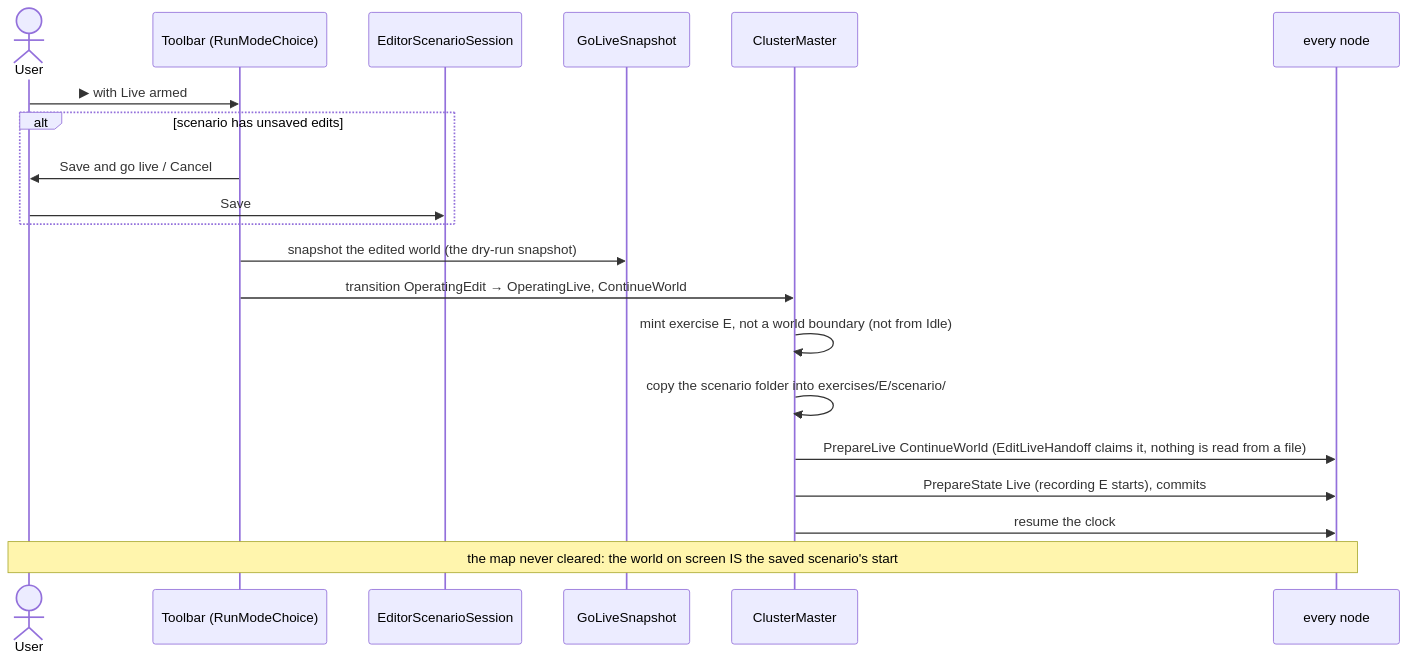
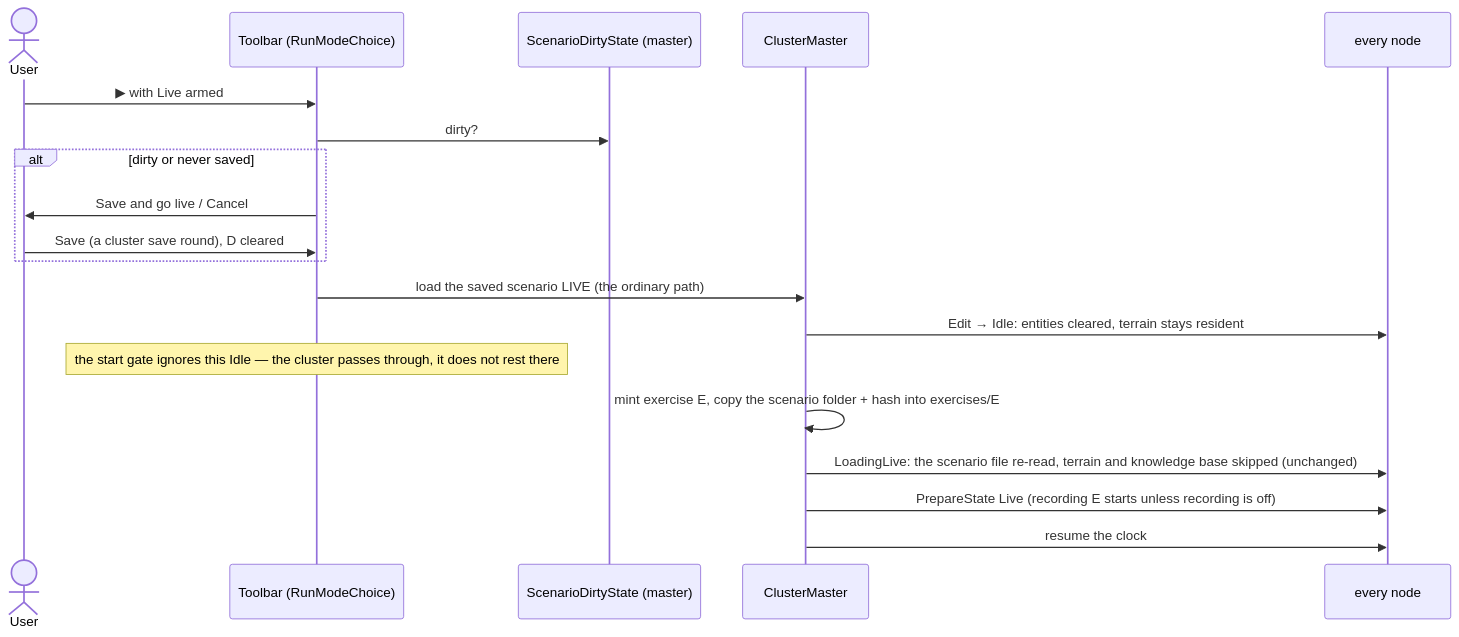
Before and after one commit to pjanec/HROT: the third of 5 diagrams in docs/blueprints/Architect_Question_108_Run_Mode_Picker.md, drawn with Mermaid. The commit also changed other lines of this file and 4 other files, not shown here.

````diff
--- a/docs/blueprints/Architect_Question_108_Run_Mode_Picker.md
+++ b/docs/blueprints/Architect_Question_108_Run_Mode_Picker.md
@@ -174,22 +173,21 @@
 ```mermaid
 sequenceDiagram
   actor U as User
   participant T as Toolbar (RunModeChoice)
-  participant S as EditorScenarioSession
-  participant P as GoLiveSnapshot
+  participant D as ScenarioDirtyState (master)
   participant M as ClusterMaster
   participant N as every node
   U->>T: ▶ with Live armed
-  alt scenario has unsaved edits
+  T->>D: dirty?
+  alt dirty or never saved
     T->>U: Save and go live / Cancel
-    U->>S: Save
+    U->>T: Save (a cluster save round), D cleared
   end
-  T->>P: snapshot the edited world (the dry-run snapshot)
-  T->>M: transition OperatingEdit → OperatingLive, ContinueWorld
-  M->>M: mint exercise E, not a world boundary (not from Idle)
-  M->>M: copy the scenario folder into exercises/E/scenario/
-  M->>N: PrepareLive ContinueWorld (EditLiveHandoff claims it, nothing is read from a file)
-  M->>N: PrepareState Live (recording E starts), commits
+  T->>M: load the saved scenario LIVE (the ordinary path)
+  M->>N: Edit → Idle: entities cleared, terrain stays resident
+  Note over T: the start gate ignores this Idle — the cluster passes through, it does not rest there
+  M->>M: mint exercise E, copy the scenario folder + hash into exercises/E
+  M->>N: LoadingLive: the scenario file re-read, terrain and knowledge base skipped (unchanged)
+  M->>N: PrepareState Live (recording E starts unless recording is off)
   M->>N: resume the clock
-  Note over U,N: the map never cleared: the world on screen IS the saved scenario's start
 ```
````
